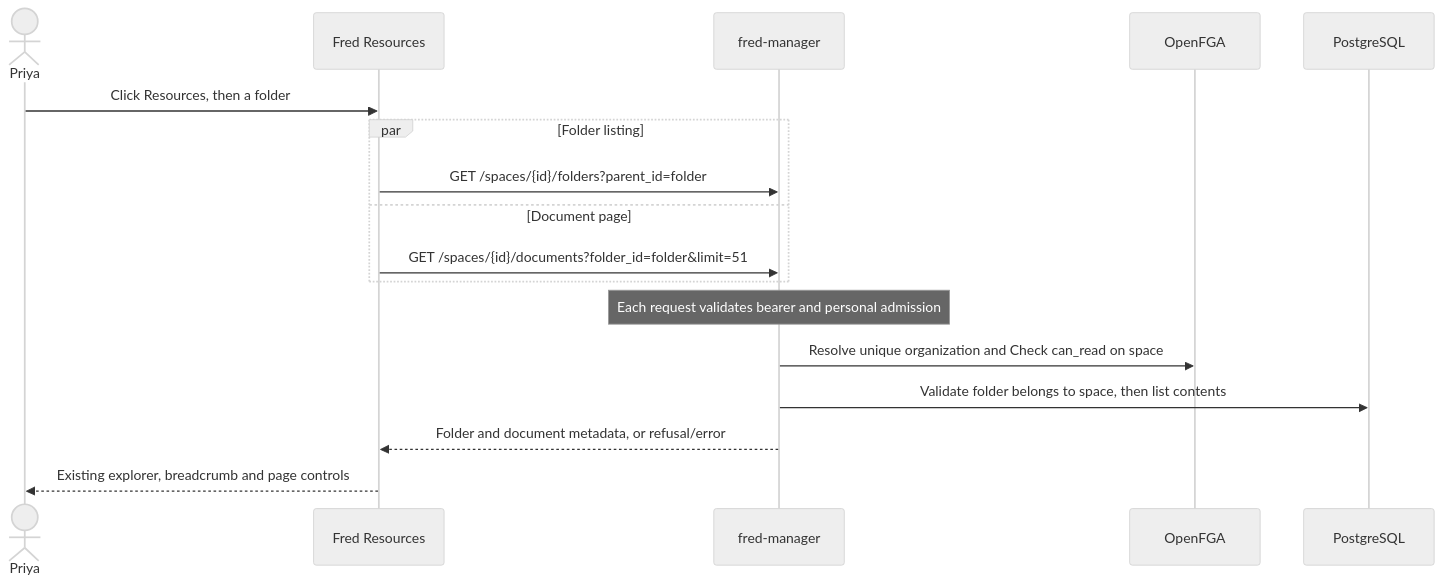
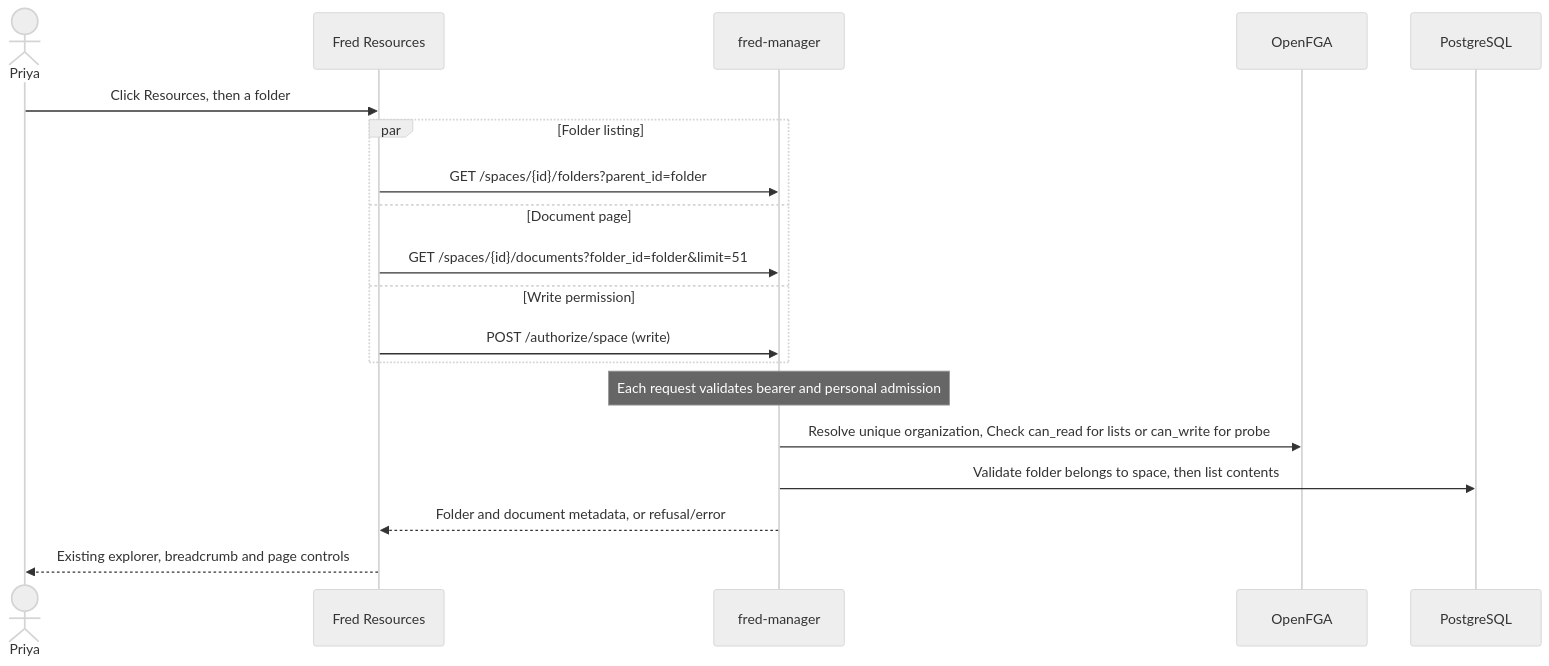
The second of 2 diagrams in docs/architecture/02-user-journeys.md (ThalesGroup/fred), drawn with Mermaid (neutral theme) before and after one commit. The commit also changed other lines of this file and 25 other files, not shown here.

````diff
--- a/docs/architecture/02-user-journeys.md
+++ b/docs/architecture/02-user-journeys.md
@@ -104,19 +104,21 @@
 ```mermaid
 sequenceDiagram
     actor Priya
     participant UI as Fred Resources
     participant M as fred-manager
     participant FGA as OpenFGA
     participant PG as PostgreSQL
     Priya->>UI: Click Resources, then a folder
     par Folder listing
         UI->>M: GET /spaces/{id}/folders?parent_id=folder
     and Document page
         UI->>M: GET /spaces/{id}/documents?folder_id=folder&limit=51
+    and Write permission
+        UI->>M: POST /authorize/space (write)
     end
     Note over M: Each request validates bearer and personal admission
-    M->>FGA: Resolve unique organization and Check can_read on space
+    M->>FGA: Resolve unique organization, Check can_read for lists or can_write for probe
     M->>PG: Validate folder belongs to space, then list contents
     M-->>UI: Folder and document metadata, or refusal/error
     UI-->>Priya: Existing explorer, breadcrumb and page controls
 ```
````
